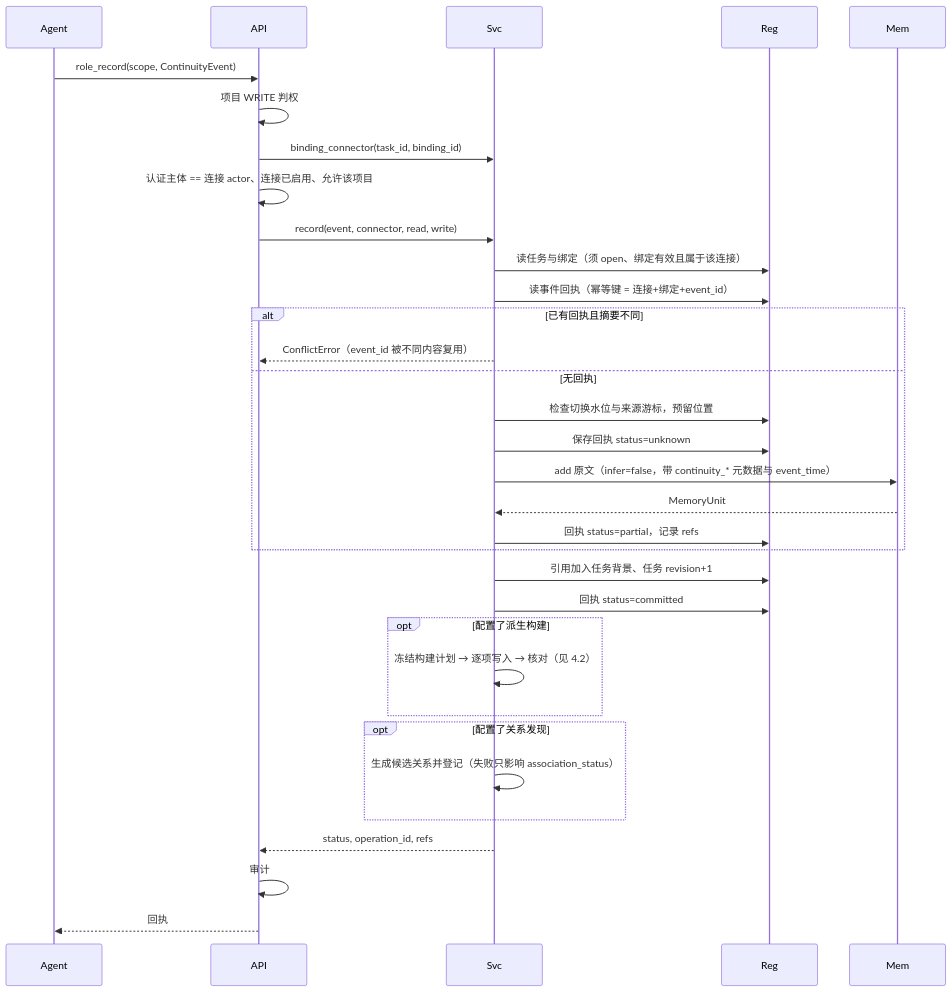
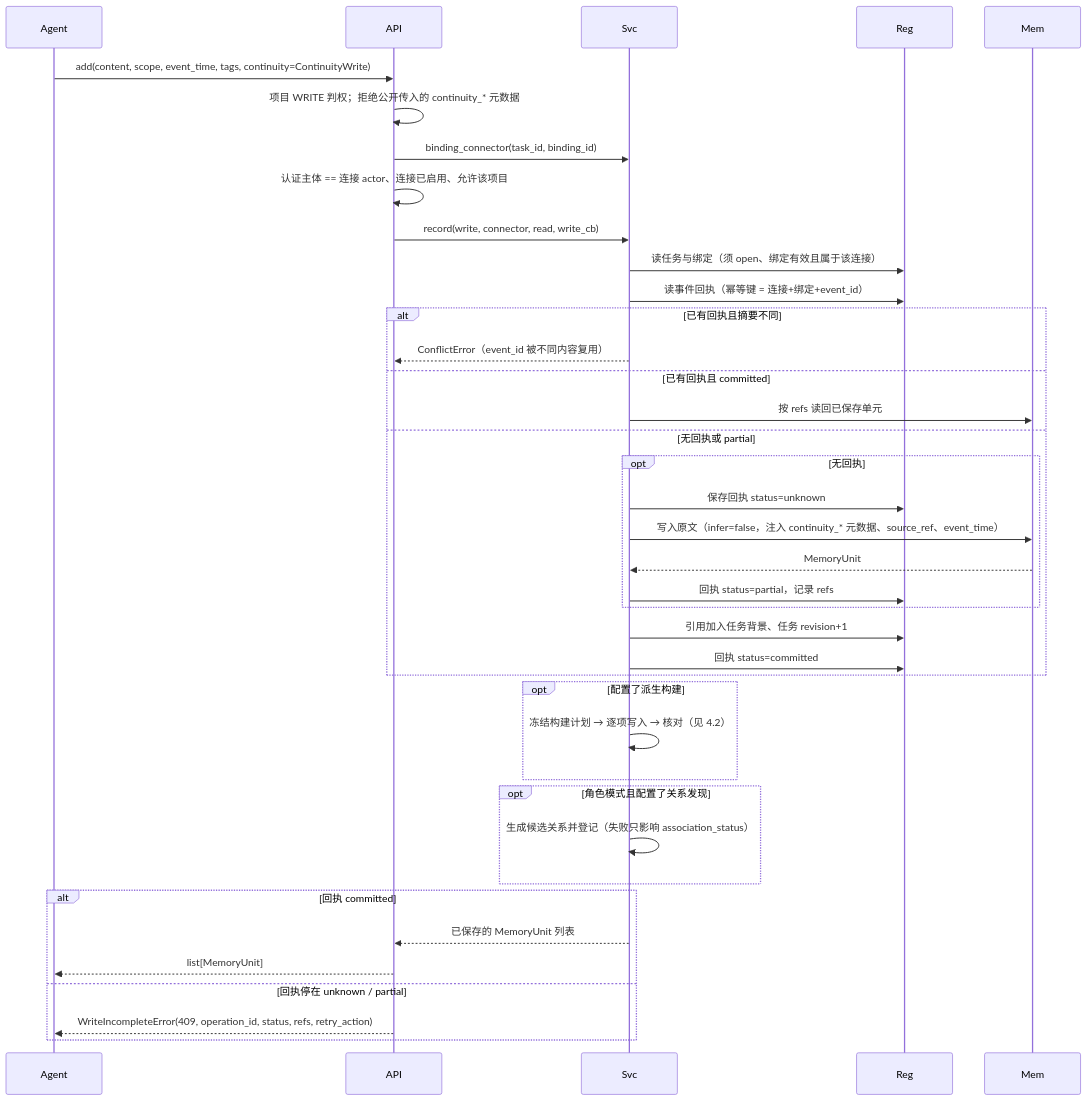
The third of 8 diagrams in docs/features/construction/F10-role-memory.md (openJiuwen-ai/agent-memory), drawn with Mermaid before and after one commit. The commit also changed other lines of this file and 95 other files, not shown here.

````diff
--- a/docs/features/construction/F10-role-memory.md
+++ b/docs/features/construction/F10-role-memory.md
@@ -991,35 +1062,41 @@
 ```mermaid
 sequenceDiagram
     participant A as Agent
     participant API
     participant Svc
     participant Reg
     participant Mem
-    A->>API: role_record(scope, ContinuityEvent)
-    API->>API: 项目 WRITE 判权
+    A->>API: add(content, scope, event_time, tags, continuity=ContinuityWrite)
+    API->>API: 项目 WRITE 判权；拒绝公开传入的 continuity_* 元数据
     API->>Svc: binding_connector(task_id, binding_id)
     API->>API: 认证主体 == 连接 actor、连接已启用、允许该项目
-    API->>Svc: record(event, connector, read, write)
+    API->>Svc: record(write, connector, read, write_cb)
     Svc->>Reg: 读任务与绑定（须 open、绑定有效且属于该连接）
     Svc->>Reg: 读事件回执（幂等键 = 连接+绑定+event_id）
     alt 已有回执且摘要不同
         Svc-->>API: ConflictError（event_id 被不同内容复用）
-    else 无回执
-        Svc->>Reg: 检查切换水位与来源游标，预留位置
-        Svc->>Reg: 保存回执 status=unknown
-        Svc->>Mem: add 原文（infer=false，带 continuity_* 元数据与 event_time）
-        Mem-->>Svc: MemoryUnit
-        Svc->>Reg: 回执 status=partial，记录 refs
+    else 已有回执且 committed
+        Svc->>Mem: 按 refs 读回已保存单元
+    else 无回执或 partial
+        opt 无回执
+            Svc->>Reg: 保存回执 status=unknown
+            Svc->>Mem: 写入原文（infer=false，注入 continuity_* 元数据、source_ref、event_time）
+            Mem-->>Svc: MemoryUnit
+            Svc->>Reg: 回执 status=partial，记录 refs
+        end
+        Svc->>Reg: 引用加入任务背景、任务 revision+1
+        Svc->>Reg: 回执 status=committed
     end
-    Svc->>Reg: 引用加入任务背景、任务 revision+1
-    Svc->>Reg: 回执 status=committed
     opt 配置了派生构建
         Svc->>Svc: 冻结构建计划 → 逐项写入 → 核对（见 4.2）
     end
-    opt 配置了关系发现
+    opt 角色模式且配置了关系发现
         Svc->>Svc: 生成候选关系并登记（失败只影响 association_status）
     end
-    Svc-->>API: status, operation_id, refs
-    API->>API: 审计
-    API-->>A: 回执
+    alt 回执 committed
+        Svc-->>API: 已保存的 MemoryUnit 列表
+        API-->>A: list[MemoryUnit]
+    else 回执停在 unknown / partial
+        API-->>A: WriteIncompleteError(409, operation_id, status, refs, retry_action)
+    end
 ```
````
